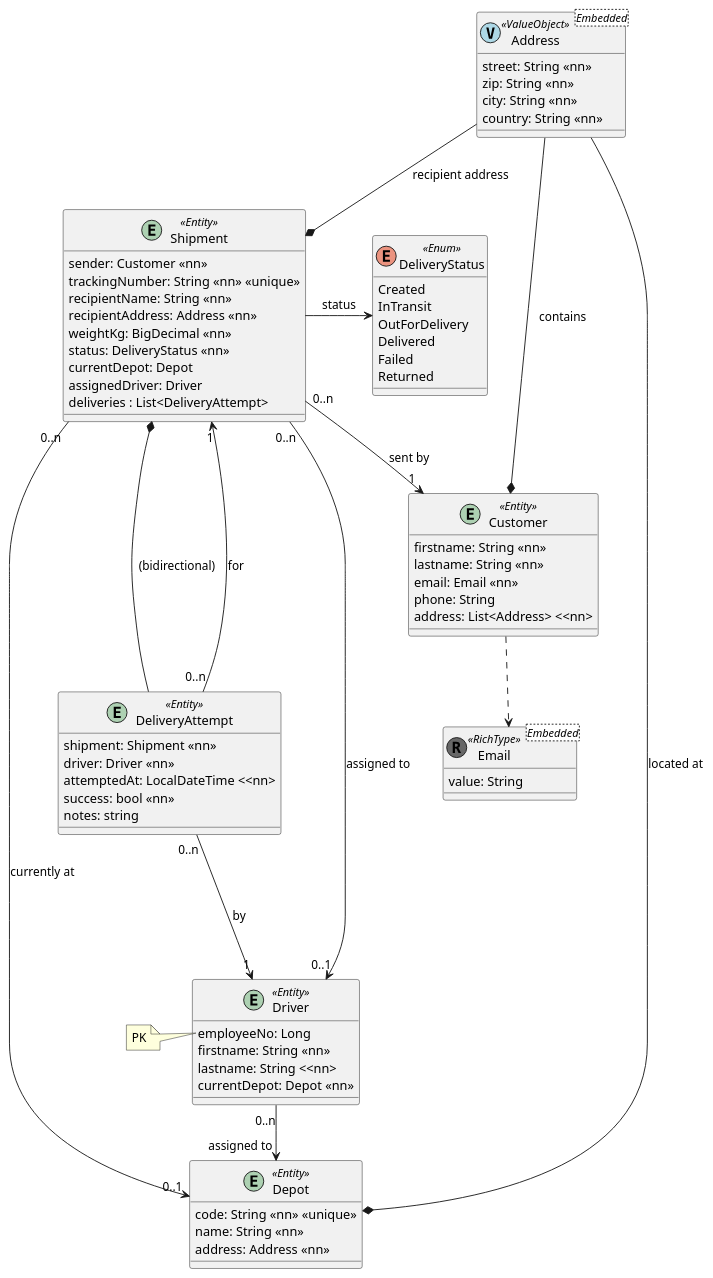
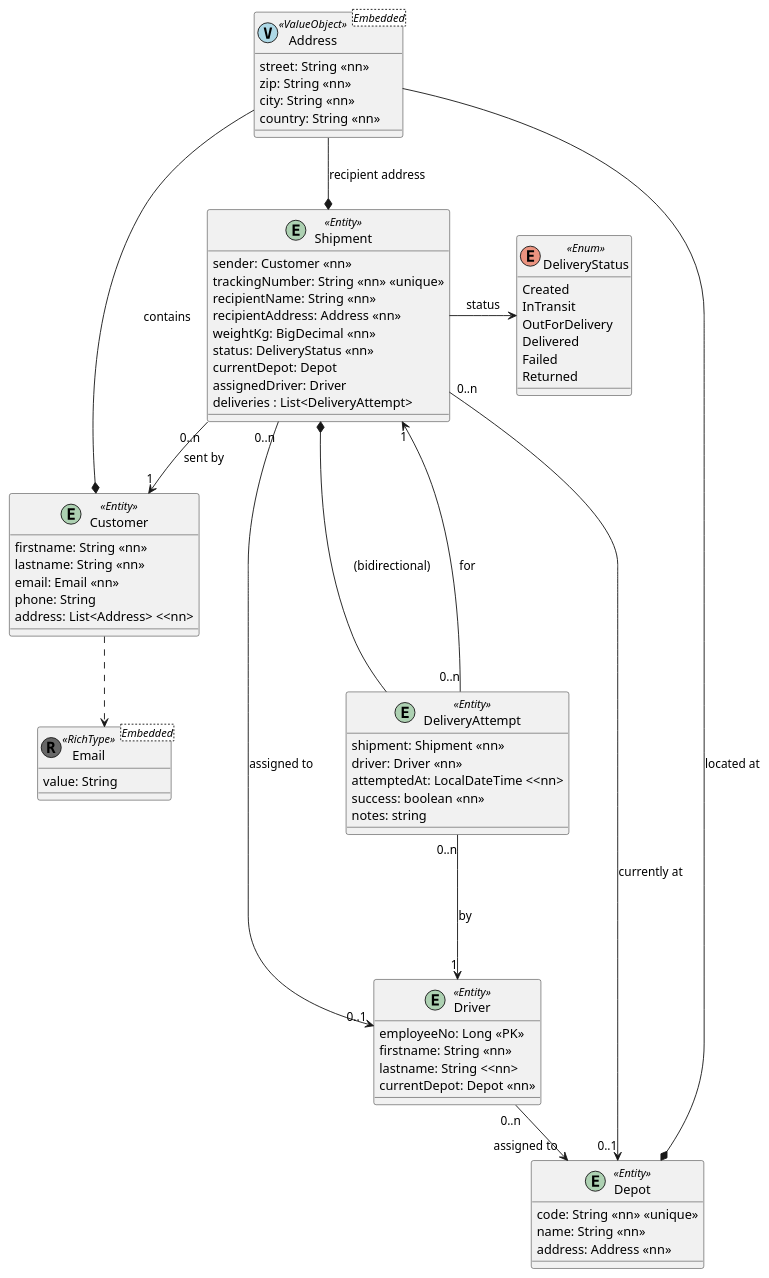
Before and after one commit to TheRealCheeseLord/pos-matura-example: the diagram in domain/src/main/resources/puml/domain.puml, drawn with PlantUML. The commit also changed 10 other files, not shown here.

```diff
--- a/domain/src/main/resources/puml/domain.puml
+++ b/domain/src/main/resources/puml/domain.puml
@@ -1,88 +1,85 @@
 @startuml
 
 ' Objects
 
 class Address<Embedded><< (V,#ADD8E6) ValueObject >> {
     street: String <<nn>>
     zip: String <<nn>>
     city: String <<nn>>
     country: String <<nn>>
 }
 
 class Email<Embedded><< (R, #676767) RichType >> {
     value: String
 }
 
 entity Customer<<Entity>> {
     firstname: String <<nn>>
     lastname: String <<nn>>
     email: Email <<nn>>
     phone: String
     address: List<Address> <<nn>
 }
 
 entity Depot<<Entity>> {
     code: String <<nn>> <<unique>>
     name: String <<nn>>
     address: Address <<nn>>
 }
 
 entity Driver<<Entity>> {
-    employeeNo: Long
+    employeeNo: Long <<PK>>
     firstname: String <<nn>>
     lastname: String <<nn>
     currentDepot: Depot <<nn>>
 }
-note left of Driver::employeeNo
-PK
-end note
 
 enum DeliveryStatus<<Enum>> {
     Created
     InTransit
     OutForDelivery
     Delivered
     Failed
     Returned
 }
 
 entity Shipment<<Entity>> {
     sender: Customer <<nn>>
     trackingNumber: String <<nn>> <<unique>>
     recipientName: String <<nn>>
     recipientAddress: Address <<nn>>
     weightKg: BigDecimal <<nn>>
     status: DeliveryStatus <<nn>>
     currentDepot: Depot
     assignedDriver: Driver
     deliveries : List<DeliveryAttempt>
 }
 
 entity DeliveryAttempt<<Entity>> {
     shipment: Shipment <<nn>>
     driver: Driver <<nn>>
     attemptedAt: LocalDateTime <<nn>
-    success: bool <<nn>>
+    success: boolean <<nn>>
     notes: string
 }
 
 ' Relations
 
 Customer *-- Address : contains
 Customer -[dashed]-> Email
 
 Depot *-- Address : located at
 
 Driver "0..n" --> "assigned to" Depot
 
 Shipment *-up- Address : "recipient address"
 Shipment "0..n" --> "1" Customer : sent by
 Shipment "0..n" --> "0..1" Depot : currently at
 Shipment "0..n" --> "0..1" Driver : assigned to
 Shipment -right-> DeliveryStatus : status
 Shipment *--- DeliveryAttempt : (bidirectional)
 
 DeliveryAttempt "0..n" --> "1" Shipment : for
 DeliveryAttempt "0..n" ---> "1" Driver : by
 
 @enduml
```
